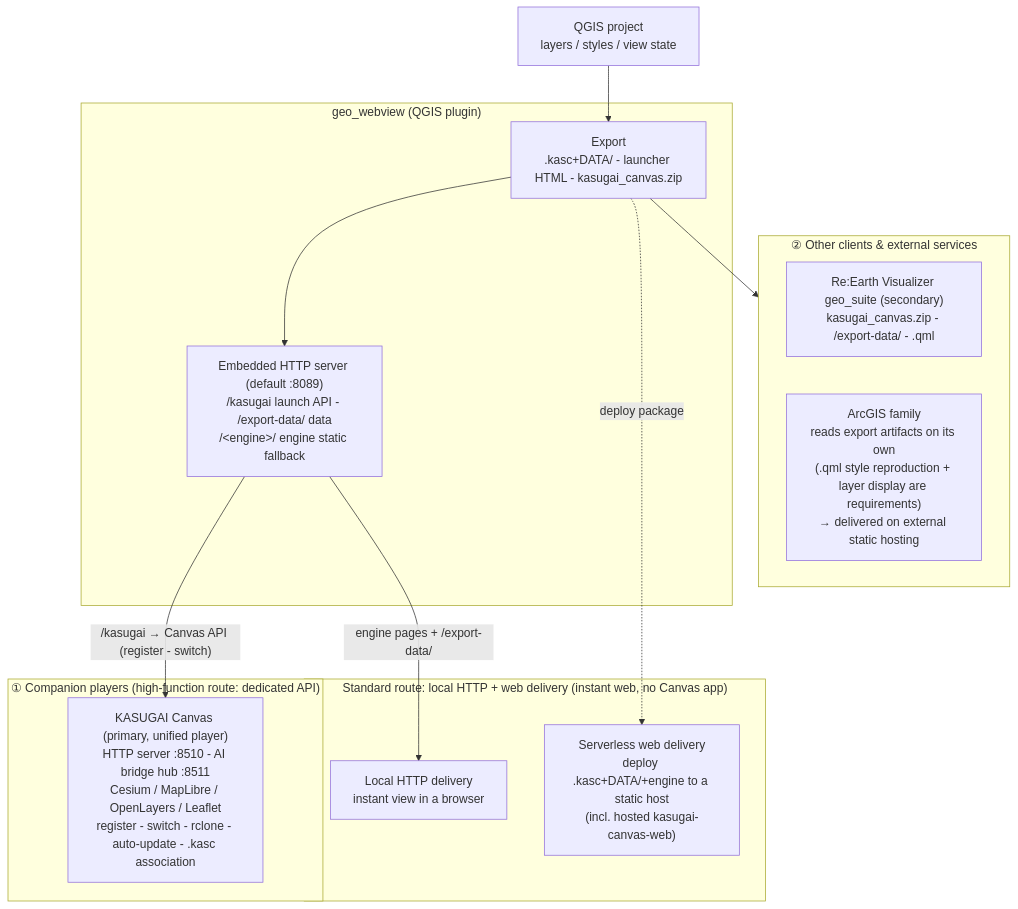
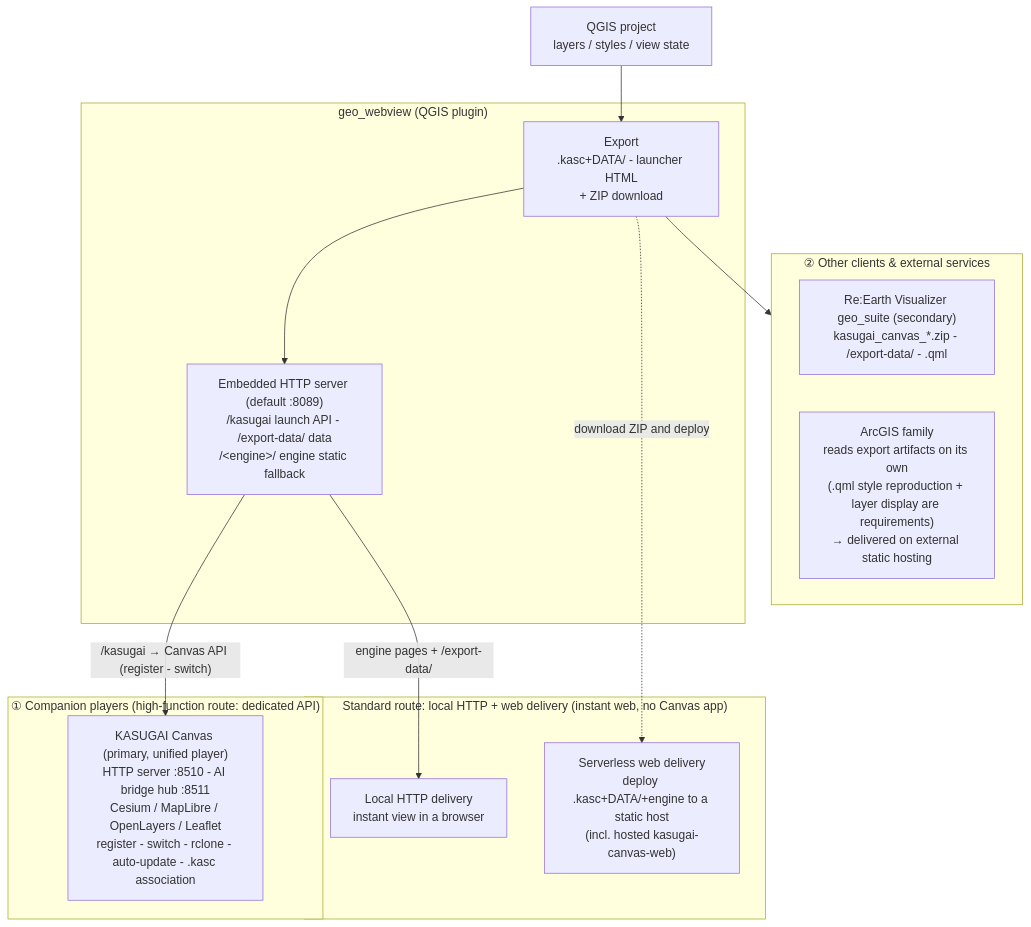
One commit to yamamoto-ryuzo/qgis_live_harness changed the diagram in qgis-plugin/geo_webview/INTEGRATION.md. Above: the diagram before and after it, drawn with Mermaid. The commit also changed other lines of this file and 42 other files, not shown here.

````diff
--- a/qgis-plugin/geo_webview/INTEGRATION.md
+++ b/qgis-plugin/geo_webview/INTEGRATION.md
@@ -11,30 +11,30 @@
 ```mermaid
 flowchart TB
     QGIS["QGIS project<br>layers / styles / view state"]
 
     subgraph GWBOX["geo_webview (QGIS plugin)"]
-        GW["Export<br>.kasc+DATA/ - launcher HTML - kasugai_canvas.zip"]
+        GW["Export<br>.kasc+DATA/ - launcher HTML<br>+ ZIP download"]
         SRV["Embedded HTTP server (default :8089)<br>/kasugai launch API - /export-data/ data<br>/&lt;engine&gt;/ engine static fallback"]
     end
 
     subgraph G1["① Companion players (high-function route: dedicated API)"]
         KC["KASUGAI Canvas (primary, unified player)<br>HTTP server :8510 - AI bridge hub :8511<br>Cesium / MapLibre / OpenLayers / Leaflet<br>register - switch - rclone - auto-update - .kasc association"]
     end
 
     subgraph NORM["Standard route: local HTTP + web delivery (instant web, no Canvas app)"]
         BR["Local HTTP delivery<br>instant view in a browser"]
         HOST["Serverless web delivery<br>deploy .kasc+DATA/+engine to a static host<br>(incl. hosted kasugai-canvas-web)"]
     end
 
     subgraph G2["② Other clients & external services"]
-        RE["Re:Earth Visualizer geo_suite (secondary)<br>kasugai_canvas.zip - /export-data/ - .qml"]
+        RE["Re:Earth Visualizer geo_suite (secondary)<br>kasugai_canvas_*.zip - /export-data/ - .qml"]
         AG["ArcGIS family<br>reads export artifacts on its own<br>(.qml style reproduction + layer display are requirements)<br>→ delivered on external static hosting"]
     end
 
     QGIS --> GW
     GW --> SRV
     SRV -->|"/kasugai → Canvas API (register - switch)"| KC
     SRV -->|"engine pages + /export-data/"| BR
-    GW -.->|"deploy package"| HOST
+    GW -.->|"download ZIP and deploy"| HOST
     GW --> G2
 ```
````
